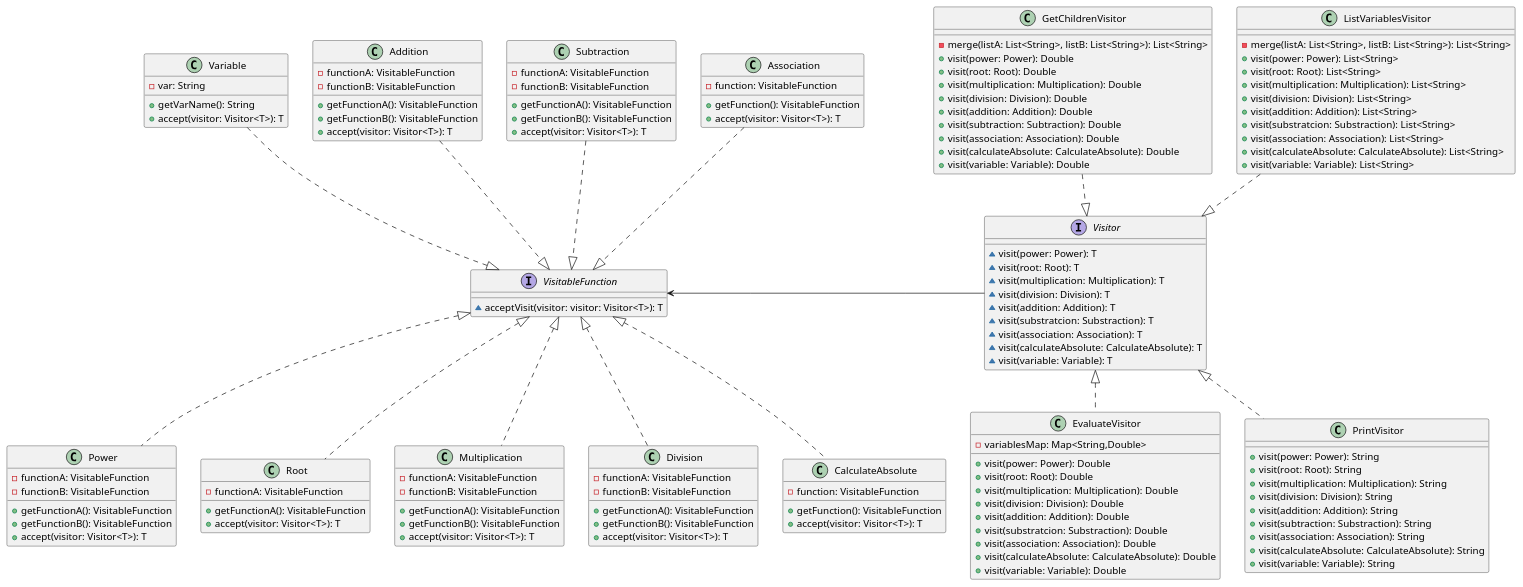
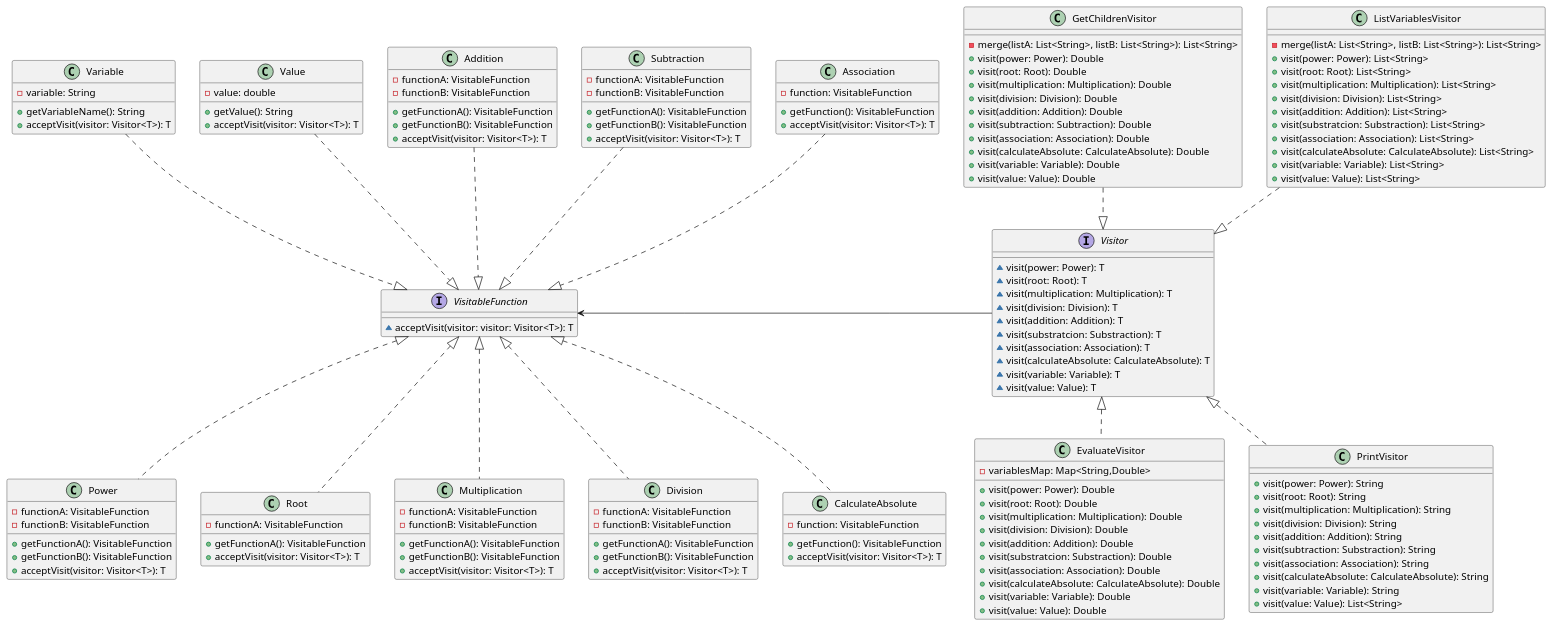
One commit to JulianRecio/formula changed the diagram in diagrams/visitorFunction.puml. Above: the diagram before and after it, drawn with PlantUML. The commit also changed 25 other files, not shown here.

```diff
--- a/diagrams/visitorFunction.puml
+++ b/diagrams/visitorFunction.puml
@@ -1,153 +1,166 @@
 @startuml
 'https://plantuml.com/sequence-diagram
 
 interface VisitableFunction{
     ~ acceptVisit(visitor: visitor: Visitor<T>): T
 }
 
 class Variable{
-    -var: String
-    +getVarName(): String
-    +accept(visitor: Visitor<T>): T
+    -variable: String
+    +getVariableName(): String
+    +acceptVisit(visitor: Visitor<T>): T
+}
+
+class Value{
+    -value: double
+    +getValue(): String
+    +acceptVisit(visitor: Visitor<T>): T
 }
 
 class Power{
     -functionA: VisitableFunction
     -functionB: VisitableFunction
     +getFunctionA(): VisitableFunction
     +getFunctionB(): VisitableFunction
-    +accept(visitor: Visitor<T>): T
+    +acceptVisit(visitor: Visitor<T>): T
 }
 
 class Root{
     -functionA: VisitableFunction
     +getFunctionA(): VisitableFunction
-    +accept(visitor: Visitor<T>): T
+    +acceptVisit(visitor: Visitor<T>): T
 }
 
 class Multiplication{
     -functionA: VisitableFunction
     -functionB: VisitableFunction
     +getFunctionA(): VisitableFunction
     +getFunctionB(): VisitableFunction
-    +accept(visitor: Visitor<T>): T
+    +acceptVisit(visitor: Visitor<T>): T
 }
 
 class Division{
     -functionA: VisitableFunction
     -functionB: VisitableFunction
     +getFunctionA(): VisitableFunction
     +getFunctionB(): VisitableFunction
-    +accept(visitor: Visitor<T>): T
+    +acceptVisit(visitor: Visitor<T>): T
 }
 
 class Addition{
     -functionA: VisitableFunction
     -functionB: VisitableFunction
     +getFunctionA(): VisitableFunction
     +getFunctionB(): VisitableFunction
-    +accept(visitor: Visitor<T>): T
+    +acceptVisit(visitor: Visitor<T>): T
 }
 
 class Subtraction{
     -functionA: VisitableFunction
     -functionB: VisitableFunction
     +getFunctionA(): VisitableFunction
     +getFunctionB(): VisitableFunction
-    +accept(visitor: Visitor<T>): T
+    +acceptVisit(visitor: Visitor<T>): T
 }
 
 class CalculateAbsolute{
     -function: VisitableFunction
     +getFunction(): VisitableFunction
-    +accept(visitor: Visitor<T>): T
+    +acceptVisit(visitor: Visitor<T>): T
 }
 
 class Association{
     -function: VisitableFunction
     +getFunction(): VisitableFunction
-    +accept(visitor: Visitor<T>): T
+    +acceptVisit(visitor: Visitor<T>): T
 }
 
 interface Visitor{
     ~visit(power: Power): T
     ~visit(root: Root): T
     ~visit(multiplication: Multiplication): T
     ~visit(division: Division): T
     ~visit(addition: Addition): T
     ~visit(substratcion: Substraction): T
     ~visit(association: Association): T
     ~visit(calculateAbsolute: CalculateAbsolute): T
     ~visit(variable: Variable): T
+    ~visit(value: Value): T
 }
 
 class EvaluateVisitor{
     - variablesMap: Map<String,Double>
     + visit(power: Power): Double
     + visit(root: Root): Double
     + visit(multiplication: Multiplication): Double
     + visit(division: Division): Double
     + visit(addition: Addition): Double
     + visit(substratcion: Substraction): Double
     + visit(association: Association): Double
     + visit(calculateAbsolute: CalculateAbsolute): Double
     + visit(variable: Variable): Double
+    + visit(value: Value): Double
 }
 
 class GetChildrenVisitor{
     - merge(listA: List<String>, listB: List<String>): List<String>
     + visit(power: Power): Double
     + visit(root: Root): Double
     + visit(multiplication: Multiplication): Double
     + visit(division: Division): Double
     + visit(addition: Addition): Double
     + visit(subtraction: Subtraction): Double
     + visit(association: Association): Double
     + visit(calculateAbsolute: CalculateAbsolute): Double
     + visit(variable: Variable): Double
+    + visit(value: Value): Double
 }
 
 class PrintVisitor{
         + visit(power: Power): String
         + visit(root: Root): String
         + visit(multiplication: Multiplication): String
         + visit(division: Division): String
         + visit(addition: Addition): String
         + visit(subtraction: Substraction): String
         + visit(association: Association): String
         + visit(calculateAbsolute: CalculateAbsolute): String
         + visit(variable: Variable): String
+        + visit(value: Value): List<String>
+
 }
 
 
 class ListVariablesVisitor{
     - merge(listA: List<String>, listB: List<String>): List<String>
     + visit(power: Power): List<String>
     + visit(root: Root): List<String>
     + visit(multiplication: Multiplication): List<String>
     + visit(division: Division): List<String>
     + visit(addition: Addition): List<String>
     + visit(substratcion: Substraction): List<String>
     + visit(association: Association): List<String>
     + visit(calculateAbsolute: CalculateAbsolute): List<String>
     + visit(variable: Variable): List<String>
+    + visit(value: Value): List<String>
 }
 
 CalculateAbsolute .u.|> VisitableFunction
 Power .u.|> VisitableFunction
 Root .u.|> VisitableFunction
 Multiplication .u.|> VisitableFunction
 Division .u.|> VisitableFunction
 Addition ..|> VisitableFunction
 Subtraction ..|> VisitableFunction
 Variable ..|> VisitableFunction
 Association ..|> VisitableFunction
+Value ..|> VisitableFunction
 
 EvaluateVisitor .u.|> Visitor
 PrintVisitor .u.|> Visitor
 GetChildrenVisitor ..|> Visitor
 ListVariablesVisitor ..|> Visitor
 
-Visitor --l--> VisitableFunction
+Visitor ---l---> VisitableFunction
 
 @enduml
```
